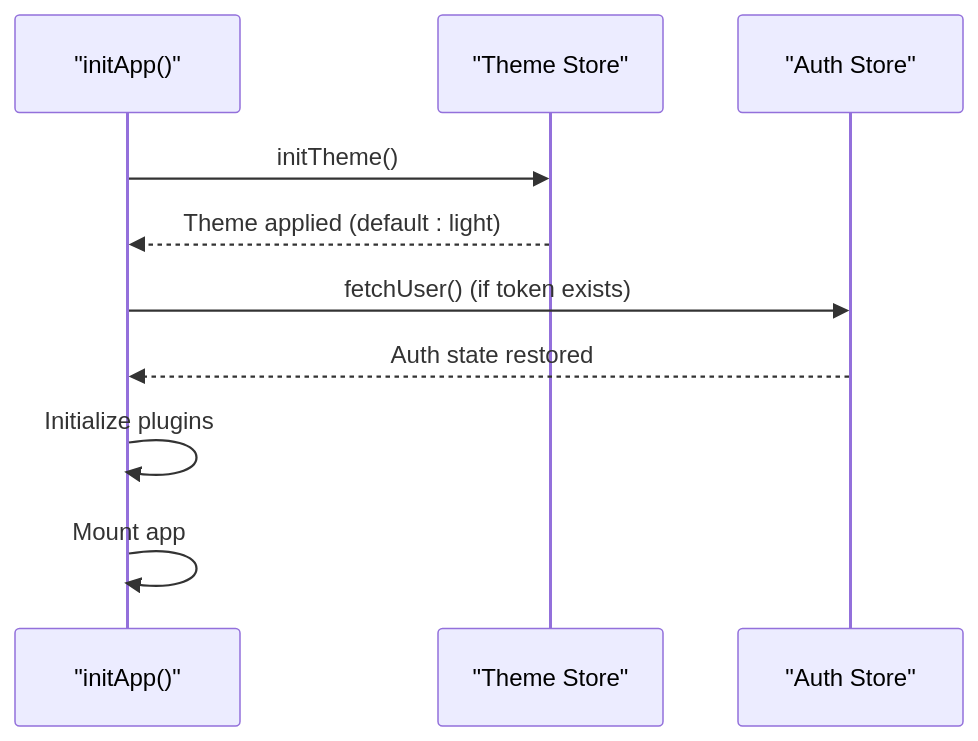
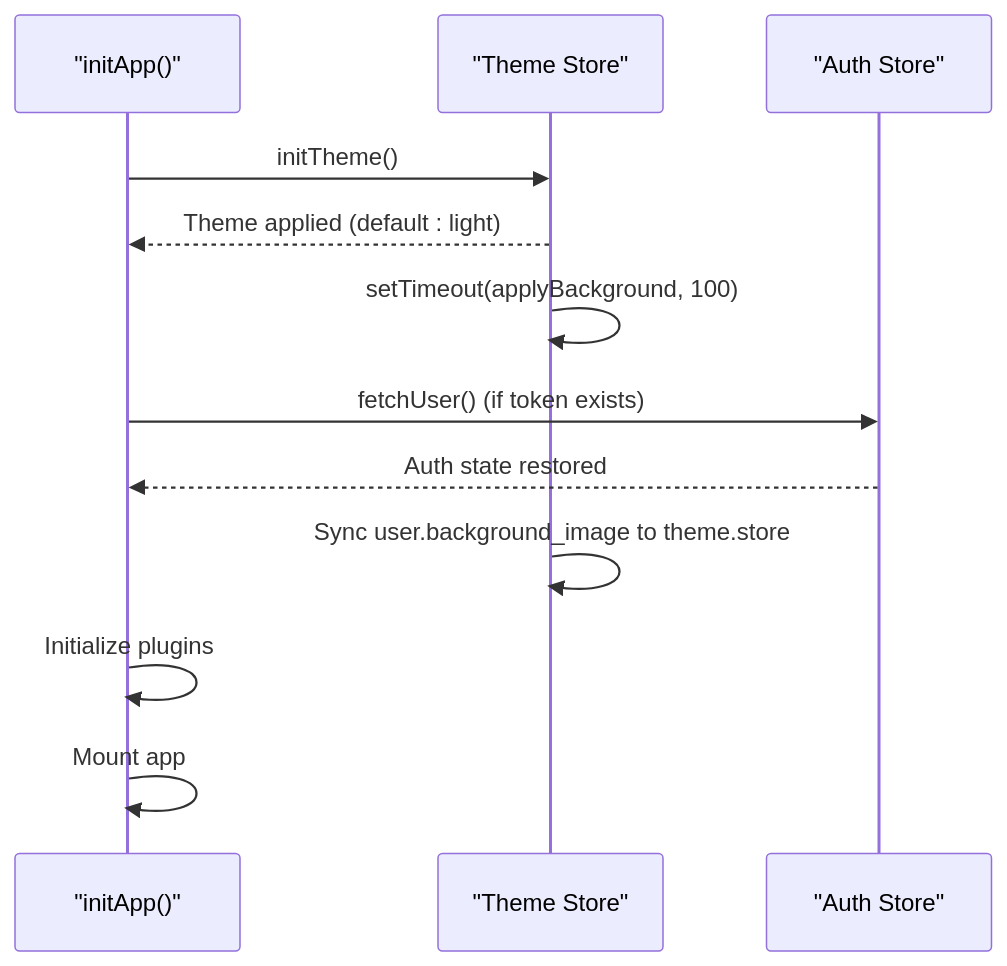
The fourth of 8 diagrams in .qoder/repowiki/en/content/Frontend Architecture/Theming and Customization.md (Nikita5543/New-SSO-02), drawn with Mermaid before and after one commit. The commit also changed other lines of this file and 7 other files, not shown here.

````diff
--- a/.qoder/repowiki/en/content/Frontend Architecture/Theming and Customization.md
+++ b/.qoder/repowiki/en/content/Frontend Architecture/Theming and Customization.md
@@ -191,12 +225,14 @@
 ```mermaid
 sequenceDiagram
 participant INIT as "initApp()"
 participant THEME as "Theme Store"
 participant AUTH as "Auth Store"
 INIT->>THEME : initTheme()
 THEME-->>INIT : Theme applied (default : light)
+THEME->>THEME : setTimeout(applyBackground, 100)
 INIT->>AUTH : fetchUser() (if token exists)
 AUTH-->>INIT : Auth state restored
+THEME->>THEME : Sync user.background_image to theme.store
 INIT->>INIT : Initialize plugins
 INIT->>INIT : Mount app
 ```
````
